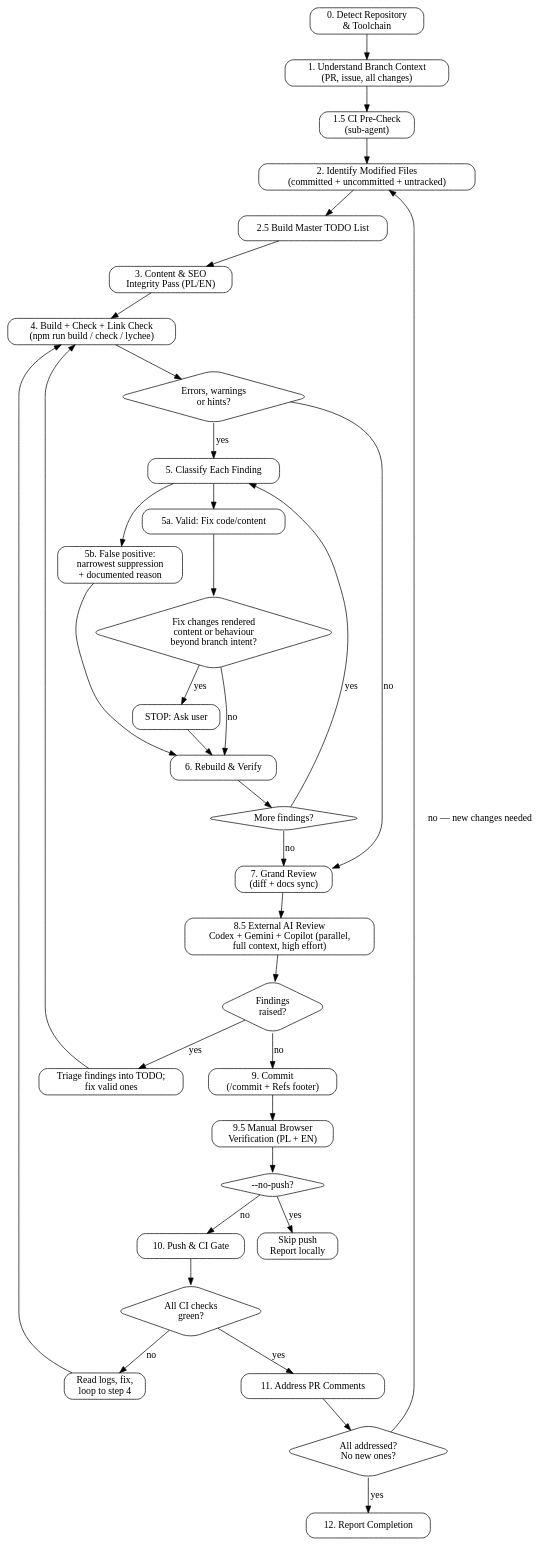
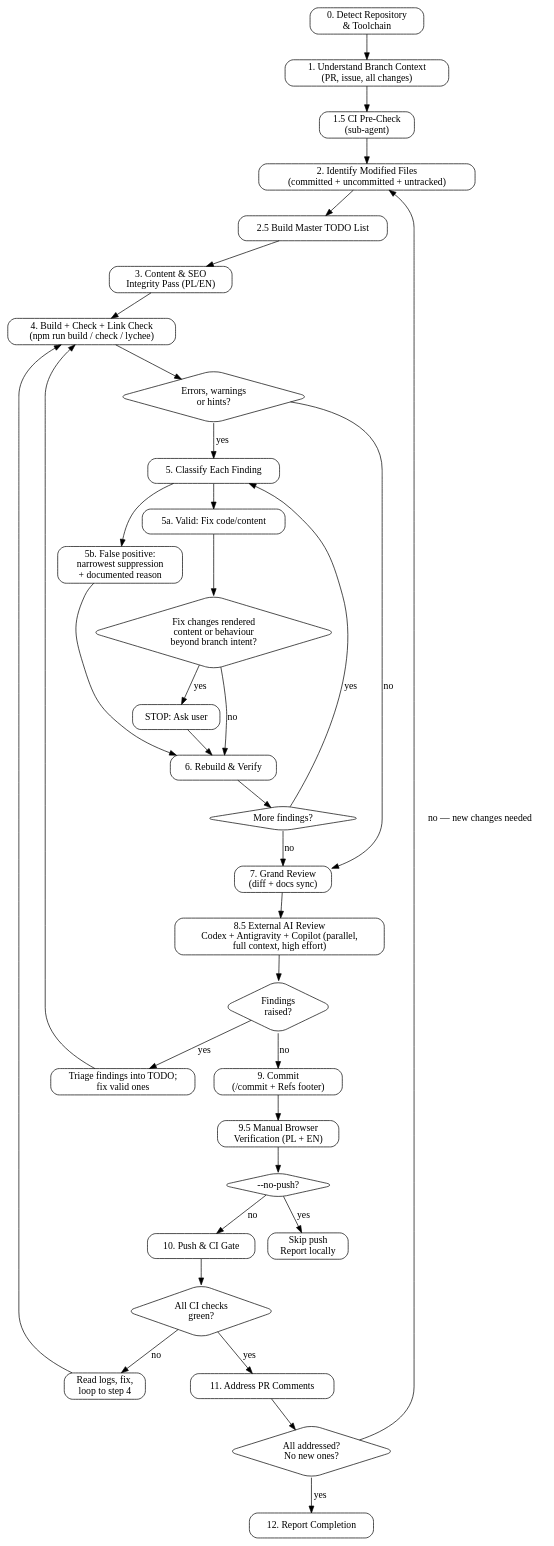
Before and after one commit to mrploch/ploch-commandline: the diagram in .claude/skills/dev-finishing-touches/SKILL.md, drawn with Graphviz. The commit also changed other lines of this file and 9 other files, not shown here.

````diff
--- a/.claude/skills/dev-finishing-touches/SKILL.md
+++ b/.claude/skills/dev-finishing-touches/SKILL.md
@@ -75,63 +75,63 @@
 ```dot
 digraph finishing_touches {
     rankdir=TB;
     node [shape=box, style="rounded"];
 
     detect [label="0. Detect Repository\n& Toolchain"];
     context [label="1. Understand Branch Context\n(PR, issue, all changes)"];
     ci_pre [label="1.5 CI Pre-Check\n(sub-agent)"];
     diff [label="2. Identify Modified Files\n(committed + uncommitted + untracked)"];
     todo [label="2.5 Build Master TODO List"];
     content [label="3. Content & SEO\nIntegrity Pass (PL/EN)"];
     build [label="4. Build + Check + Link Check\n(npm run build / check / lychee)"];
     issues [shape=diamond, label="Errors, warnings\nor hints?"];
     classify [label="5. Classify Each Finding"];
     fix [label="5a. Valid: Fix code/content"];
     behaviour [shape=diamond, label="Fix changes rendered\ncontent or behaviour\nbeyond branch intent?"];
     ask_user [label="STOP: Ask user"];
     false_pos [label="5b. False positive:\nnarrowest suppression\n+ documented reason"];
     verify [label="6. Rebuild & Verify"];
     more [shape=diamond, label="More findings?"];
     grand [label="7. Grand Review\n(diff + docs sync)"];
-    ai_review [label="8.5 External AI Review\nCodex + Gemini + Copilot (parallel,\nfull context, high effort)"];
+    ai_review [label="8.5 External AI Review\nCodex + Antigravity + Copilot (parallel,\nfull context, high effort)"];
     ai_findings [shape=diamond, label="Findings\nraised?"];
     triage_ai [label="Triage findings into TODO;\nfix valid ones"];
     commit [label="9. Commit\n(/commit + Refs footer)"];
     manual [label="9.5 Manual Browser\nVerification (PL + EN)"];
     push_check [shape=diamond, label="--no-push?"];
     push [label="10. Push & CI Gate"];
     ci_ok [shape=diamond, label="All CI checks\ngreen?"];
     fix_ci [label="Read logs, fix,\nloop to step 4"];
     comments [label="11. Address PR Comments"];
     comments_ok [shape=diamond, label="All addressed?\nNo new ones?"];
     report [label="12. Report Completion"];
     skip_push [label="Skip push\nReport locally"];
 
     detect -> context -> ci_pre -> diff -> todo -> content -> build -> issues;
     issues -> grand [label="no"];
     issues -> classify [label="yes"];
     classify -> fix; classify -> false_pos;
     fix -> behaviour;
     behaviour -> ask_user [label="yes"];
     behaviour -> verify [label="no"];
     ask_user -> verify;
     false_pos -> verify;
     verify -> more;
     more -> classify [label="yes"];
     more -> grand [label="no"];
     grand -> ai_review -> ai_findings;
     ai_findings -> triage_ai [label="yes"];
     ai_findings -> commit [label="no"];
     triage_ai -> build;
     commit -> manual -> push_check;
     push_check -> push [label="no"];
     push_check -> skip_push [label="yes"];
     push -> ci_ok;
     ci_ok -> comments [label="yes"];
     ci_ok -> fix_ci [label="no"];
     fix_ci -> build;
     comments -> comments_ok;
     comments_ok -> report [label="yes"];
     comments_ok -> diff [label="no — new changes needed"];
 }
 ```
````
